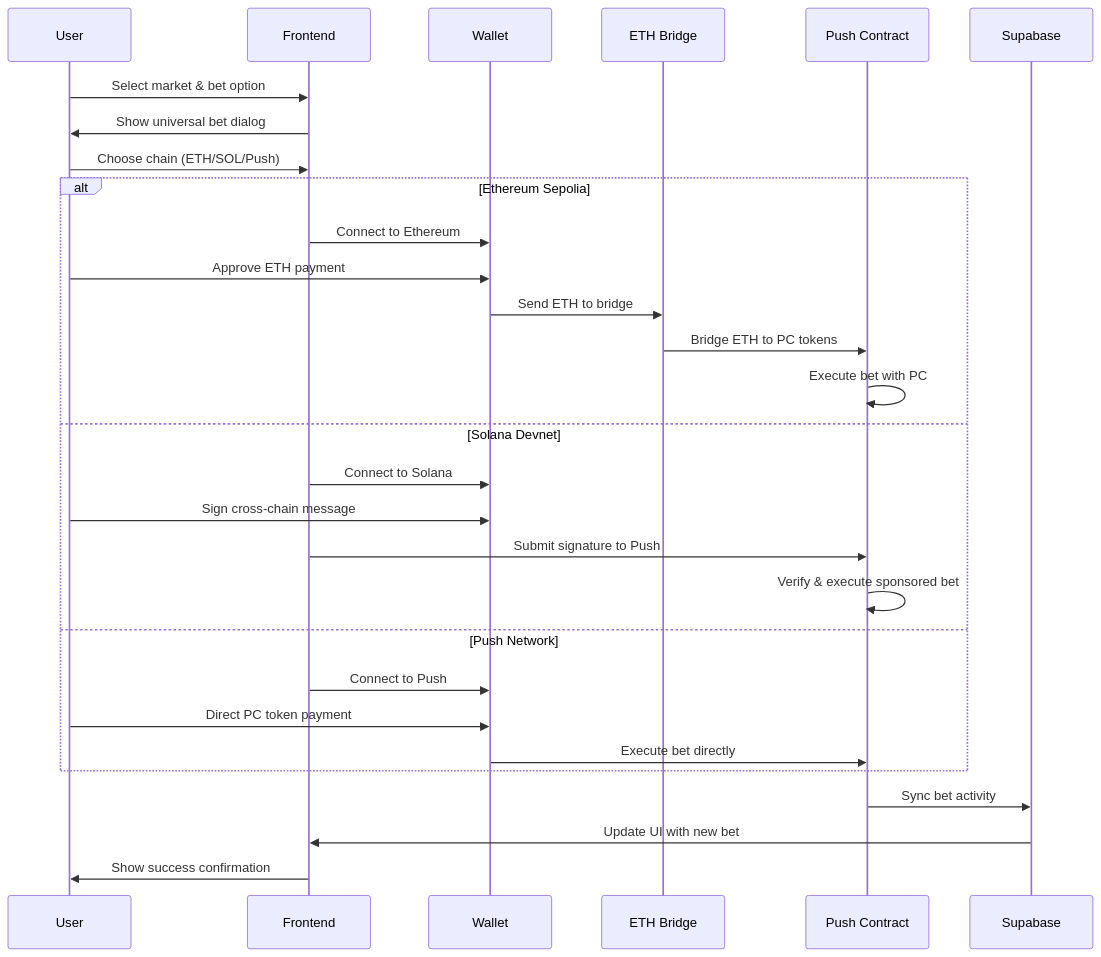
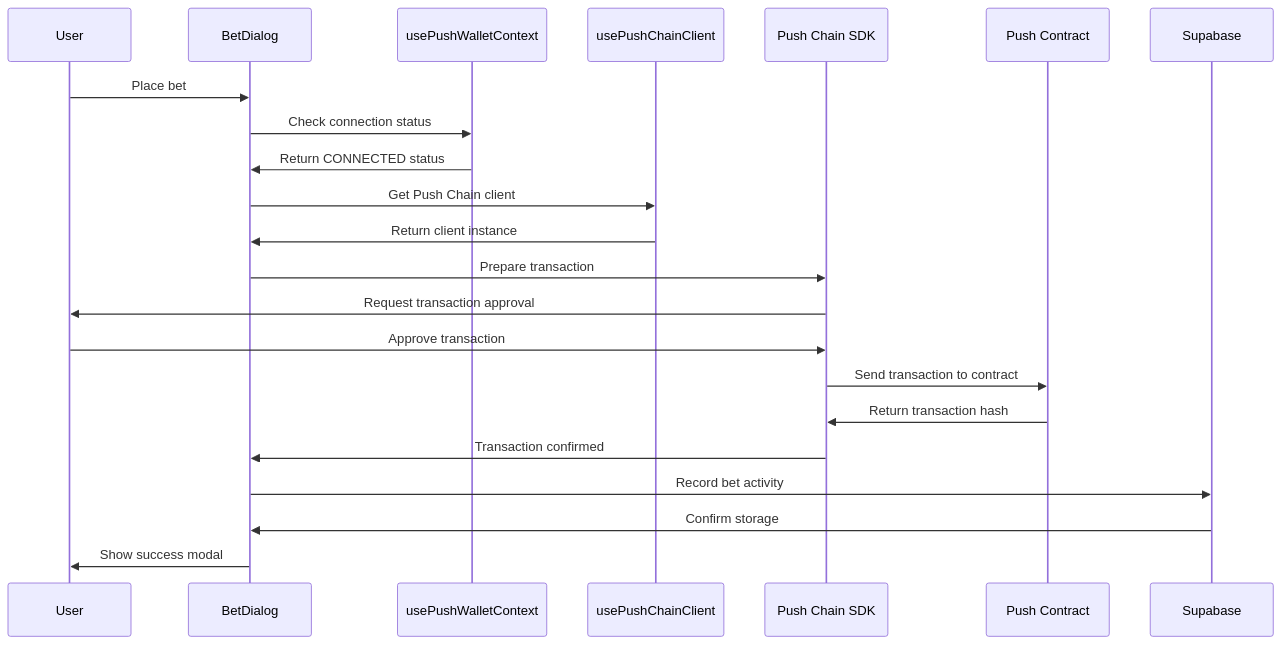
The third of 13 diagrams in diagrams.md (enliven17/push-predict), drawn with Mermaid before and after one commit. The commit also changed other lines of this file and 1 other file, not shown here.

Commit message:
diagrams update

````diff
--- a/diagrams.md
+++ b/diagrams.md
@@ -54,34 +99,27 @@
 ```mermaid
 sequenceDiagram
     participant U as User
-    participant F as Frontend
-    participant W as Wallet
-    participant B as ETH Bridge
-    participant P as Push Contract
-    participant S as Supabase
+    participant BD as BetDialog
+    participant PWC as usePushWalletContext
+    participant PCC as usePushChainClient
+    participant PCS as Push Chain SDK
+    participant PC as Push Contract
+    participant SB as Supabase
     
-    U->>F: Select market & bet option
-    F->>U: Show universal bet dialog
-    U->>F: Choose chain (ETH/SOL/Push)
+    U->>BD: Place bet
+    BD->>PWC: Check connection status
+    PWC->>BD: Return CONNECTED status
+    BD->>PCC: Get Push Chain client
+    PCC->>BD: Return client instance
     
-    alt Ethereum Sepolia
-        F->>W: Connect to Ethereum
-        U->>W: Approve ETH payment
-        W->>B: Send ETH to bridge
-        B->>P: Bridge ETH to PC tokens
-        P->>P: Execute bet with PC
-    else Solana Devnet
-        F->>W: Connect to Solana
-        U->>W: Sign cross-chain message
-        F->>P: Submit signature to Push
-        P->>P: Verify & execute sponsored bet
-    else Push Network
-        F->>W: Connect to Push
-        U->>W: Direct PC token payment
-        W->>P: Execute bet directly
-    end
+    BD->>PCS: Prepare transaction
+    PCS->>U: Request transaction approval
+    U->>PCS: Approve transaction
+    PCS->>PC: Send transaction to contract
+    PC->>PCS: Return transaction hash
     
-    P->>S: Sync bet activity
-    S->>F: Update UI with new bet
-    F->>U: Show success confirmation
+    PCS->>BD: Transaction confirmed
+    BD->>SB: Record bet activity
+    SB->>BD: Confirm storage
+    BD->>U: Show success modal
 ```
````
